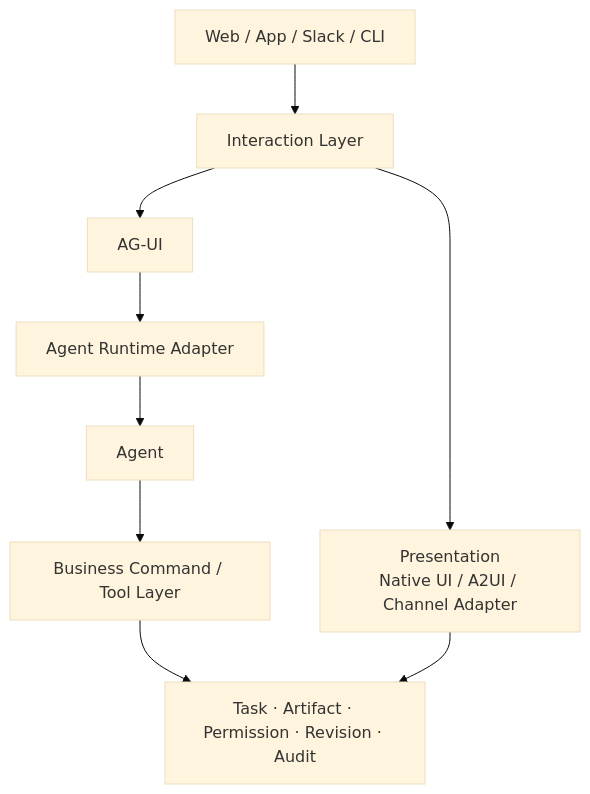
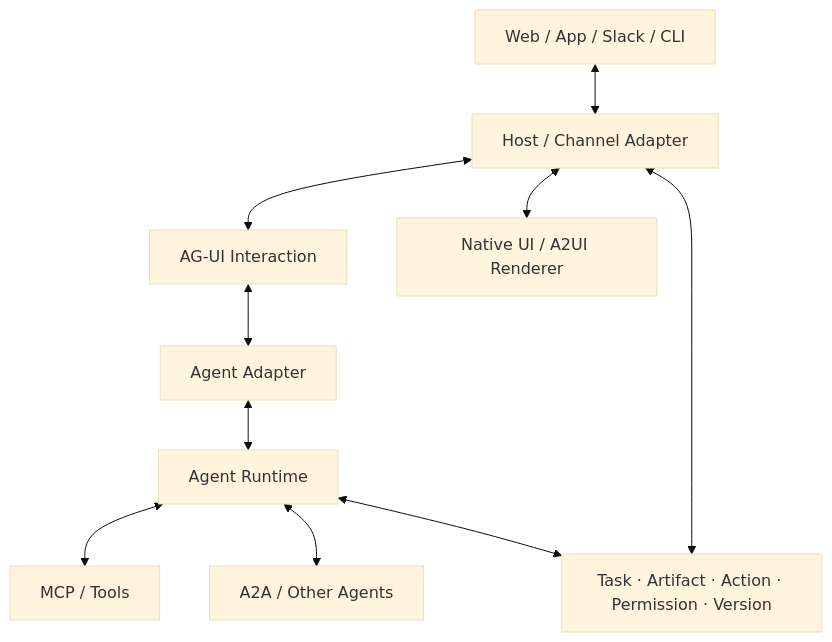
Before and after one commit to Nunchakus888/dossierkit: the ninth of 12 diagrams in profiles/default/content/zh/notes/ag-ui-a2ui-agent-runtime-generative-ui-ai-native.mdx, drawn with Mermaid (base theme). The commit also changed other lines of this file, not shown here.

Commit message:
Update note: AG-UI 与 A2UI：构建跨 Agent、跨平台的交互架构

```diff
--- a/profiles/default/content/zh/notes/ag-ui-a2ui-agent-runtime-generative-ui-ai-native.mdx
+++ b/profiles/default/content/zh/notes/ag-ui-a2ui-agent-runtime-generative-ui-ai-native.mdx
@@ -605,14 +428,17 @@
 ~~~mermaid
 flowchart TB
-  U["Web / App / Slack / CLI"] --> I["Interaction Layer"]
-  I --> AG["AG-UI"]
-  AG --> AR["Agent Runtime Adapter"]
-  AR --> A["Agent"]
+  U["Web / App / Slack / CLI"]
+  U <--> H["Host / Channel Adapter"]
 
-  I --> P["Presentation\nNative UI / A2UI / Channel Adapter"]
+  H <--> AG["AG-UI Interaction"]
+  H <--> UI["Native UI / A2UI Renderer"]
 
-  A --> B["Business Command / Tool Layer"]
-  B --> T["Task · Artifact · Permission · Revision · Audit"]
+  AG <--> AD["Agent Adapter"]
+  AD <--> A["Agent Runtime"]
 
-  P --> T
+  A <--> MCP["MCP / Tools"]
+  A <--> A2A["A2A / Other Agents"]
+
+  H <--> CORE["Task · Artifact · Action · Permission · Version"]
+  A <--> CORE
 ~~~
```
